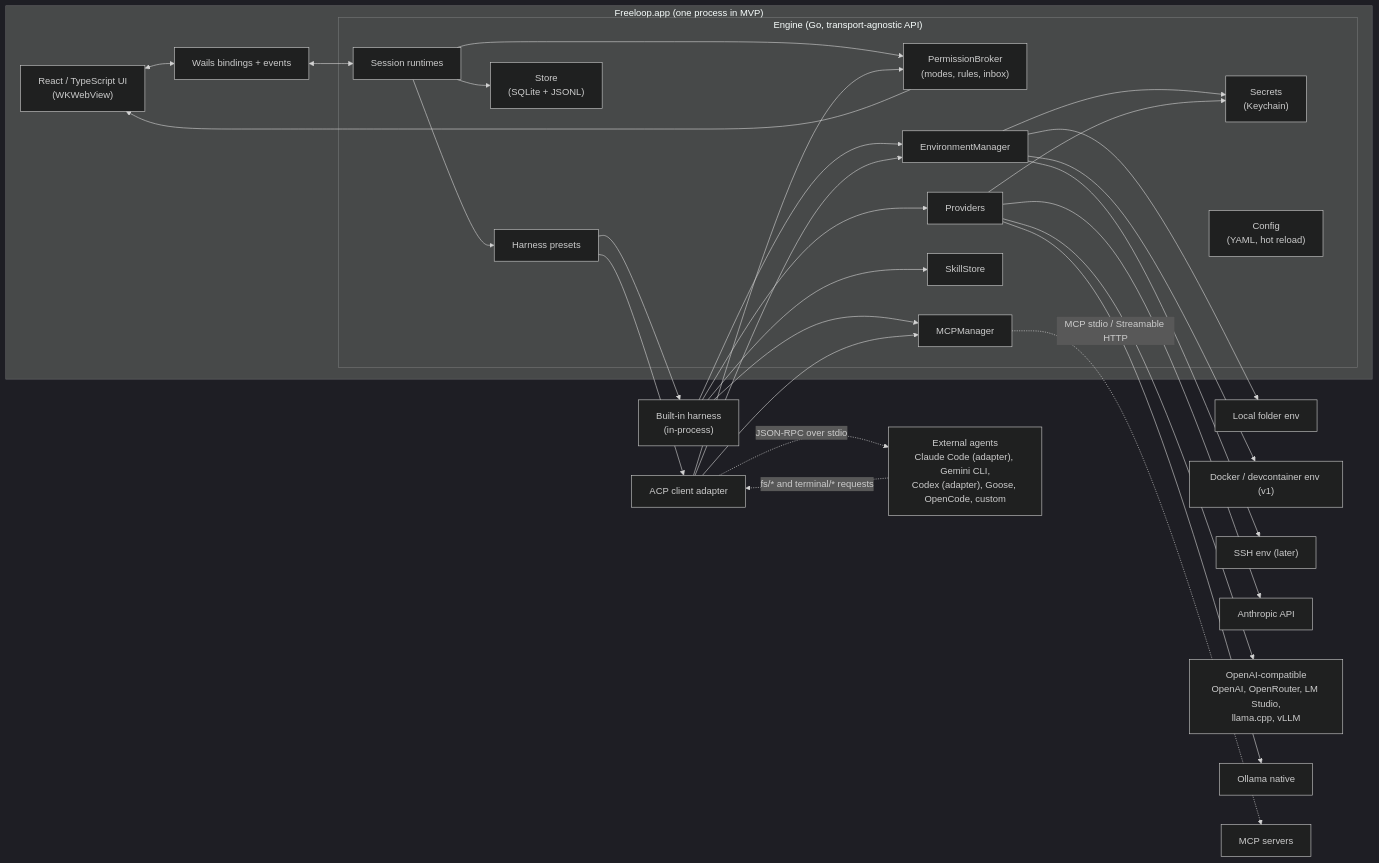
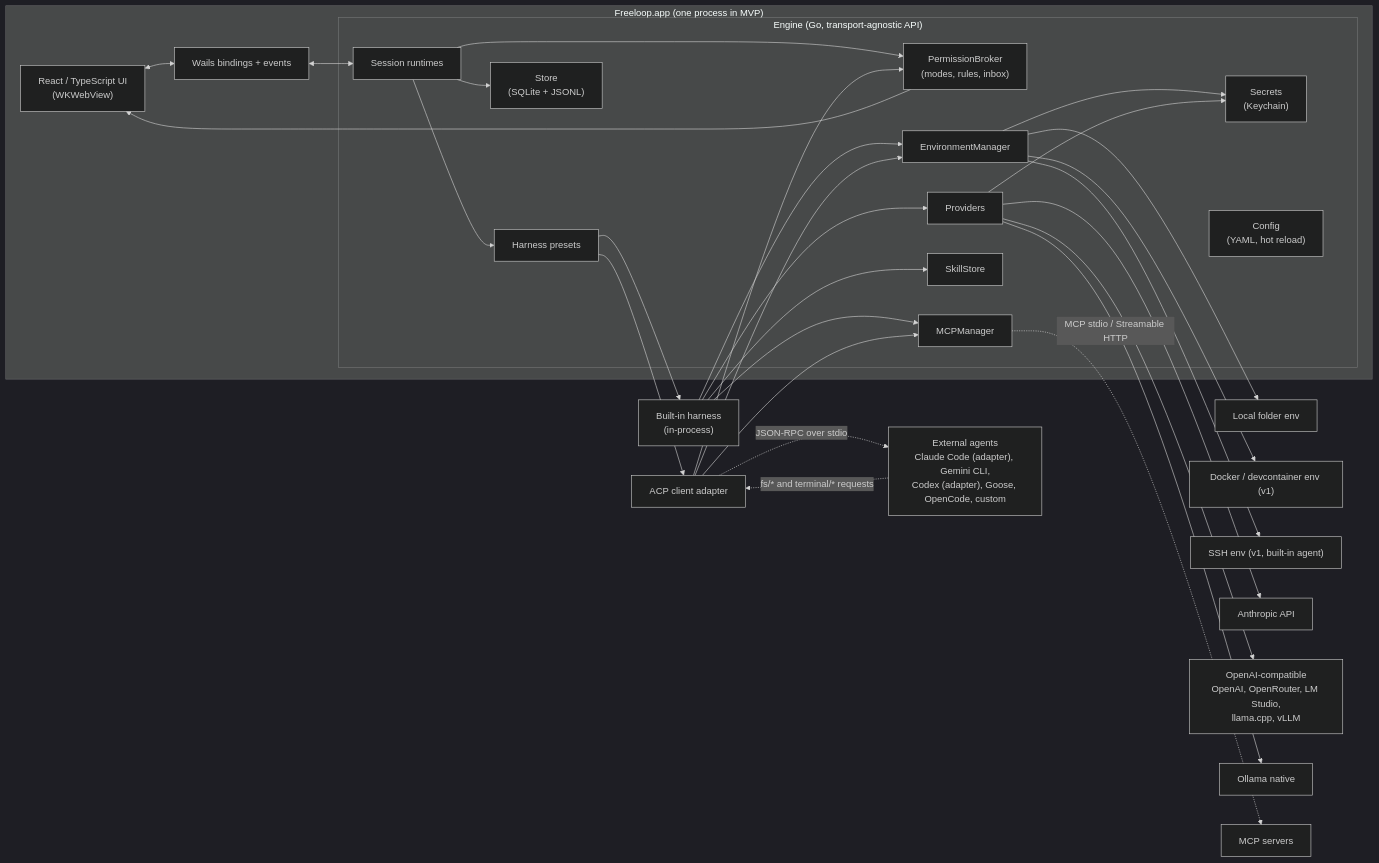
The diagram in docs/ARCHITECTURE.md (FinanceNik/FreeLoop), drawn with Mermaid (dark theme) before and after one commit. The commit also changed other lines of this file and 25 other files, not shown here.

````diff
--- a/docs/ARCHITECTURE.md
+++ b/docs/ARCHITECTURE.md
@@ -33,33 +33,33 @@
 ```mermaid
 flowchart LR
   subgraph App["Freeloop.app (one process in MVP)"]
     UI["React / TypeScript UI<br/>(WKWebView)"]
     Bridge["Wails bindings + events"]
     subgraph Engine["Engine (Go, transport-agnostic API)"]
       SM["Session runtimes"]
       PB["PermissionBroker<br/>(modes, rules, inbox)"]
       HR["Harness presets"]
       PR["Providers"]
       EM["EnvironmentManager"]
       SK["SkillStore"]
       MM["MCPManager"]
       ST["Store<br/>(SQLite + JSONL)"]
       SEC["Secrets<br/>(Keychain)"]
       CFG["Config<br/>(YAML, hot reload)"]
     end
   end
   UI <--> Bridge <--> SM
   PB --> UI
   SM --> HR & PB & ST
   HR --> BH["Built-in harness<br/>(in-process)"]
   HR --> ACPA["ACP client adapter"]
   BH --> PR & SK & MM & EM
   ACPA -. "JSON-RPC over stdio" .-> EXT["External agents<br/>Claude Code (adapter), Gemini CLI,<br/>Codex (adapter), Goose, OpenCode, custom"]
   EXT -. "fs/* and terminal/* requests" .-> ACPA
   ACPA --> EM & PB & MM
-  EM --> LOCAL["Local folder env"] & DOCKER["Docker / devcontainer env (v1)"] & SSH["SSH env (later)"]
+  EM --> LOCAL["Local folder env"] & DOCKER["Docker / devcontainer env (v1)"] & SSH["SSH env (v1, built-in agent)"]
   PR --> ANTH["Anthropic API"] & OAIC["OpenAI-compatible<br/>OpenAI, OpenRouter, LM Studio,<br/>llama.cpp, vLLM"] & OLL["Ollama native"]
   MM -. "MCP stdio / Streamable HTTP" .-> MCPS["MCP servers"]
   EM --> SEC
   PR --> SEC
 ```
````
